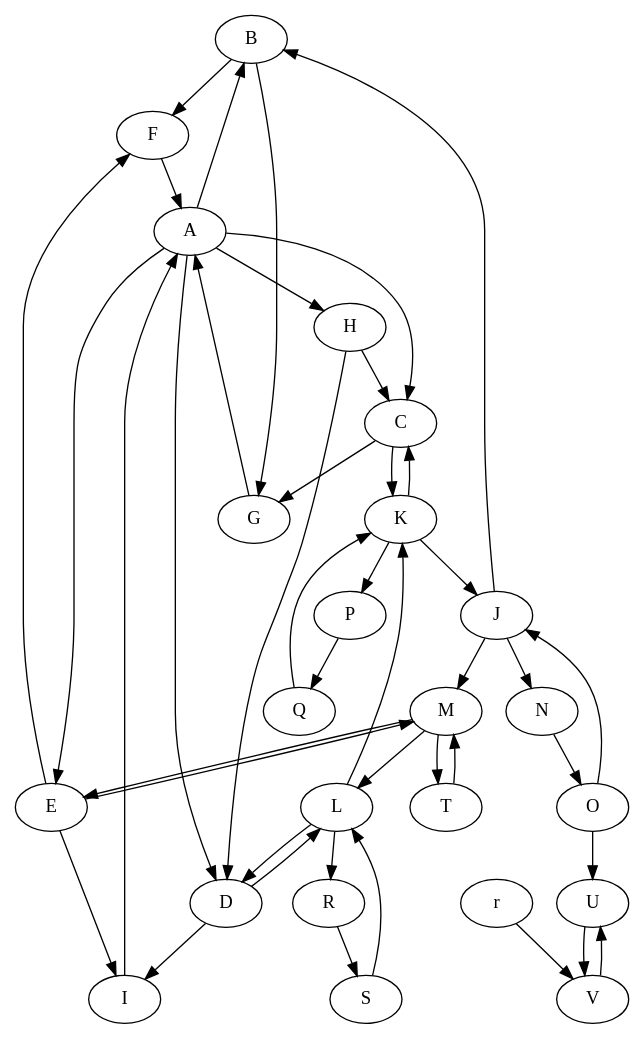
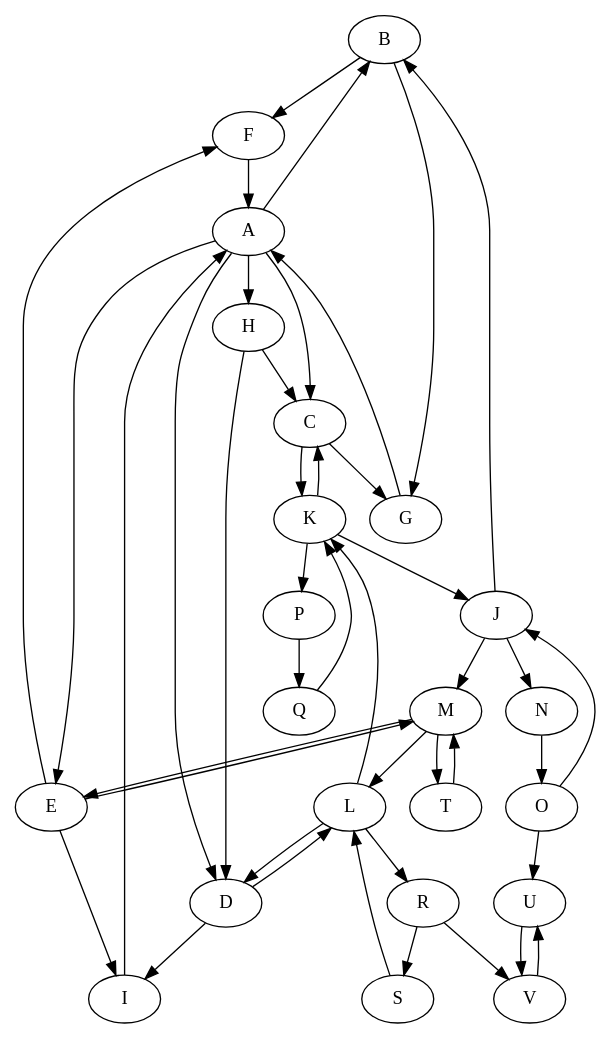
One commit to MCanals54/ProjetDIU changed the diagram in graphe2.dot. Above: the diagram before and after it, drawn with Graphviz. The commit also changed 2 other files, not shown here.

```diff
--- a/graphe2.dot
+++ b/graphe2.dot
@@ -1,46 +1,46 @@
 digraph G {
 
    
     node  [pos = "2.0,0!?"] B;
     node  [pos = "0,-2!?"] C;
     node [pos = "0.0,0.0!?"] A ;
      node [pos = "0.0,2.0!?"] E ;
     node [pos = "-2.0,0.0!?"] D ;
     node [pos = "1.0,1.0!?"] F ;
     node [pos = "-1.0,1.0!?"] I ;
     node [pos = "1.0,-1.0!?"] G ;
     node [pos = "-1.0,-1.0!?"] H ;
     node [pos = "0.0,4.0!?"] M ;   
     node [pos = "0.0,6.0!?"] T ;   
     node [pos = "4.0,0.0!?"] J ;   
     node [pos = "-4.0,0.0!?"] L ;   
     node [pos = "0.0,-4.0!?"] K;   
     node [pos = "5.0,1.0!?"] N;   
     node [pos = "6.0,-0.0!?"] O; 
     node [pos = "1.0,-5.0!?"] P;
     node [pos = "-1.0,-5.0!?"] Q;
     node [pos = "1.0,-6.0!?"] U;
     node [pos = "-1.0,-6.0!?"] V;
     
     node [pos = "-6.0,0.0!?"] S;
     node [pos = "-5.0,-1.0!?"] R;
     A ->B -> G-> A;
     B -> F -> A -> E -> I -> A ;
     E -> F;
     A -> H -> D -> I;
     H-> C-> G;
    A -> D;
    A -> C;
     E->M-> E;
     M->T->M;
     J->B;
     D-> L-> D;
     C->K->C;
     K->J->M->L->K;
     K->P->Q->K;
     J->N->O->J;
     O->U;
     U->V->U;
     L->R->S->L;
-    r->V;
+    R->V;
 }
```
